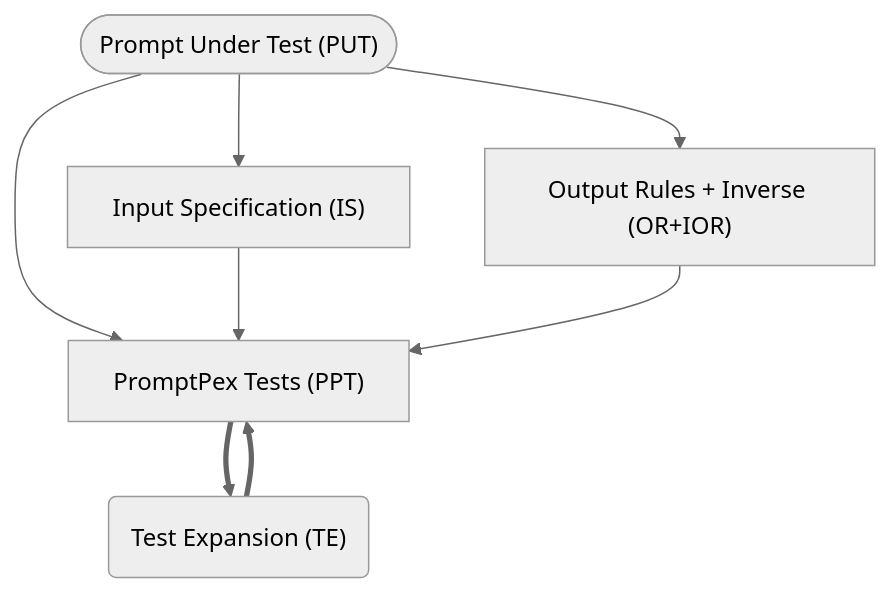
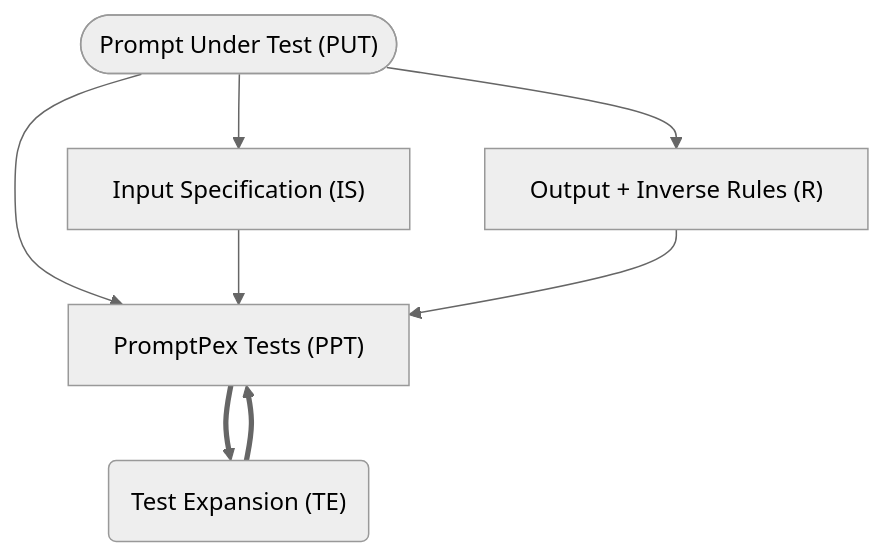
One commit to microsoft/promptpex changed the diagram in docs/src/content/docs/reference/test-expansion.md. Above: the diagram before and after it, drawn with Mermaid (neutral theme).

````diff
--- a/docs/src/content/docs/reference/test-expansion.md
+++ b/docs/src/content/docs/reference/test-expansion.md
@@ -9,19 +9,19 @@
 ```mermaid
 graph TD
     PUT(["Prompt Under Test (PUT)"])
     IS["Input Specification (IS)"]
-    OR["Output Rules + Inverse (OR+IOR)"]
+    R["Output + Inverse Rules (R)"]
     PPT["PromptPex Tests (PPT)"]
     TE("Test Expansion (TE)")
 
     PUT --> IS
 
-    PUT --> OR
+    PUT --> R
 
     PUT --> PPT
     IS --> PPT
-    OR --> PPT
+    R --> PPT
 
     PPT ==> TE
     TE ==> PPT
 ```
````
